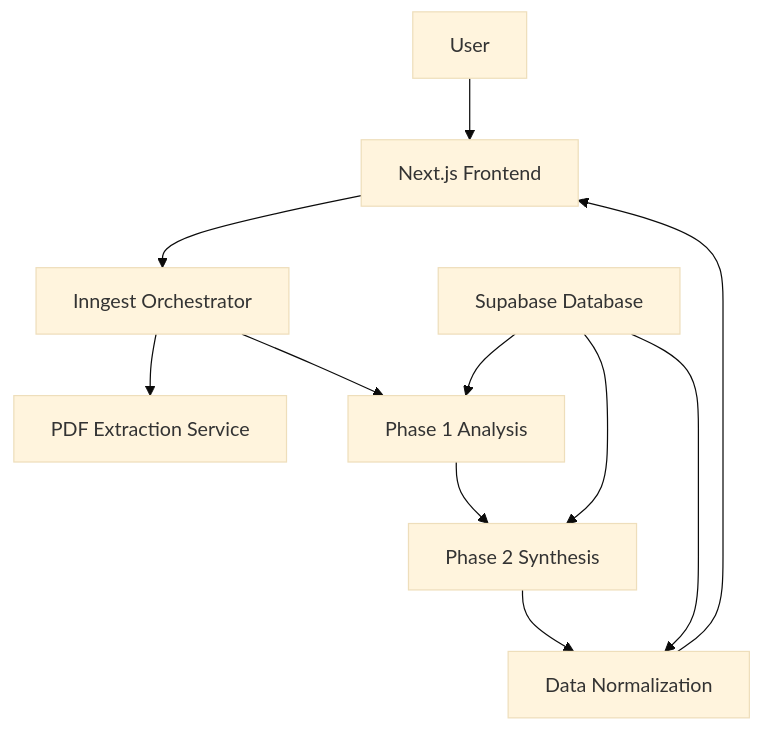
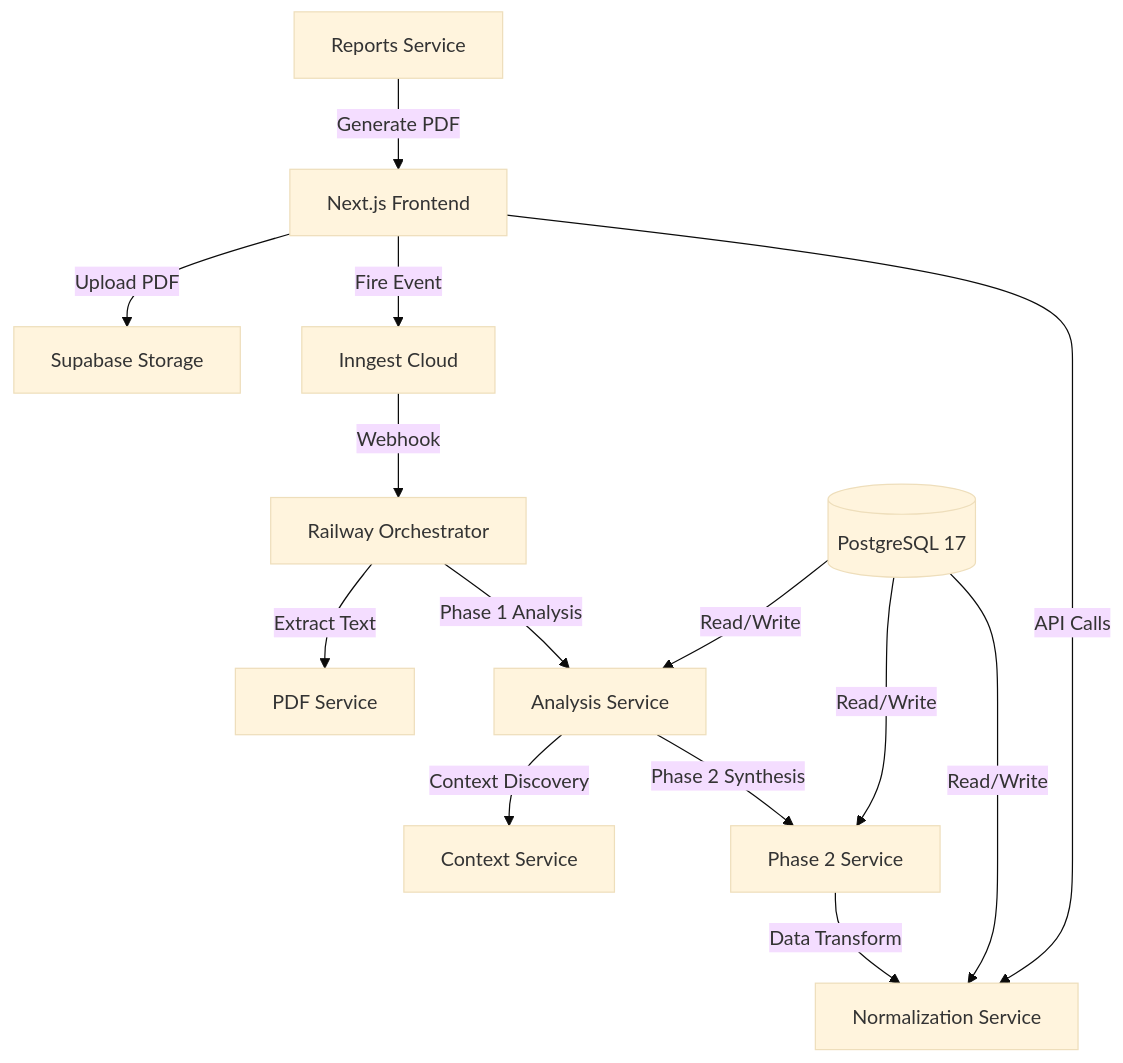
The diagram in TECH_ARCHITECTURE.md (codeninja-lo/whoisoutthere-showcase), drawn with Mermaid (base theme) before and after one commit. The commit also changed other lines of this file and 3 other files, not shown here.

````diff
--- a/TECH_ARCHITECTURE.md
+++ b/TECH_ARCHITECTURE.md
@@ -9,14 +11,19 @@
 ```mermaid
 graph TD
-    A[User] --> B[Next.js Frontend]
-    B --> C[Inngest Orchestrator]
-    C --> D[PDF Extraction Service]
-    C --> E[Phase 1 Analysis]
-    E --> F[Phase 2 Synthesis]
-    F --> G[Data Normalization]
-    G --> B
+    A[Next.js Frontend] -->|Upload PDF| B[Supabase Storage]
+    A -->|Fire Event| C[Inngest Cloud]
+    C -->|Webhook| D[Railway Orchestrator]
     
-    H[Supabase Database] --> E
-    H --> F
-    H --> G
+    D -->|Extract Text| E[PDF Service]
+    D -->|Phase 1 Analysis| F[Analysis Service]
+    F -->|Context Discovery| G[Context Service]
+    F -->|Phase 2 Synthesis| H[Phase 2 Service]
+    H -->|Data Transform| I[Normalization Service]
+    
+    J[(PostgreSQL 17)] -->|Read/Write| F
+    J -->|Read/Write| H
+    J -->|Read/Write| I
+    
+    A -->|API Calls| I
+    K[Reports Service] -->|Generate PDF| A
 ```
````
